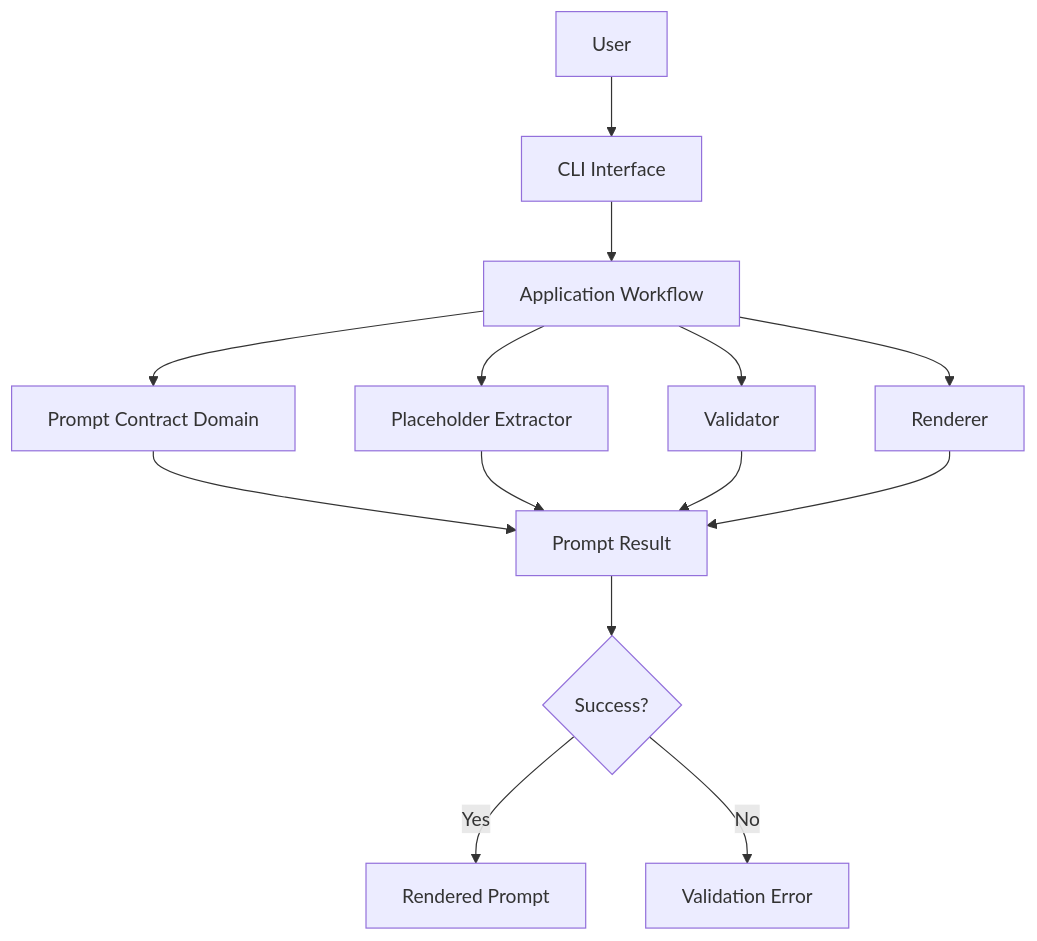
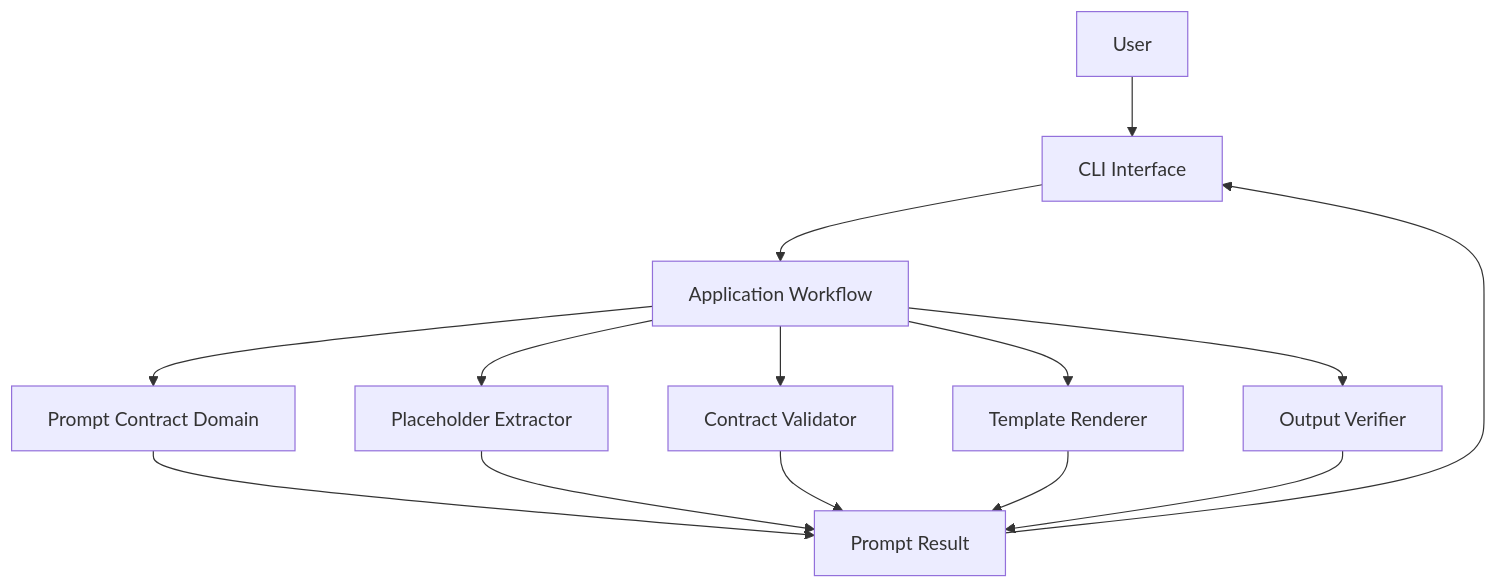
Before and after one commit to mzaid-dev/Bro_to_FAANG-exe: the first of 5 diagrams in 1_Bro_Became_AI_Engineer/01_Daily_Learning/Week_01/02_Prompt_Contracts/Project/prompt-contract-lab/docs/PROMPT_CONTRACT_LAB_PROJECT_NOTE.md, drawn with Mermaid. The commit also changed other lines of this file and 1 other file, not shown here.

Commit message:
docs(prompt-contract-lab): polish README and project documentation

````diff
--- a/1_Bro_Became_AI_Engineer/01_Daily_Learning/Week_01/02_Prompt_Contracts/Project/prompt-contract-lab/docs/PROMPT_CONTRACT_LAB_PROJECT_NOTE.md
+++ b/1_Bro_Became_AI_Engineer/01_Daily_Learning/Week_01/02_Prompt_Contracts/Project/prompt-contract-lab/docs/PROMPT_CONTRACT_LAB_PROJECT_NOTE.md
@@ -246,19 +71,16 @@
 ```mermaid
 flowchart TD
     USER["User"] --> CLI["CLI Interface"]
     CLI --> APP["Application Workflow"]
-
-    APP --> CONTRACT["Prompt Contract Domain"]
+    APP --> DOMAIN["Prompt Contract Domain"]
     APP --> EXTRACT["Placeholder Extractor"]
-    APP --> VALIDATE["Validator"]
-    APP --> RENDER["Renderer"]
-
-    CONTRACT --> RESULT["Prompt Result"]
+    APP --> VALIDATE["Contract Validator"]
+    APP --> RENDER["Template Renderer"]
+    APP --> VERIFY["Output Verifier"]
+    DOMAIN --> RESULT["Prompt Result"]
     EXTRACT --> RESULT
     VALIDATE --> RESULT
     RENDER --> RESULT
-
-    RESULT --> OUTPUT{"Success?"}
-    OUTPUT -->|Yes| PROMPT["Rendered Prompt"]
-    OUTPUT -->|No| ERROR["Validation Error"]
+    VERIFY --> RESULT
+    RESULT --> CLI
 ```
````
